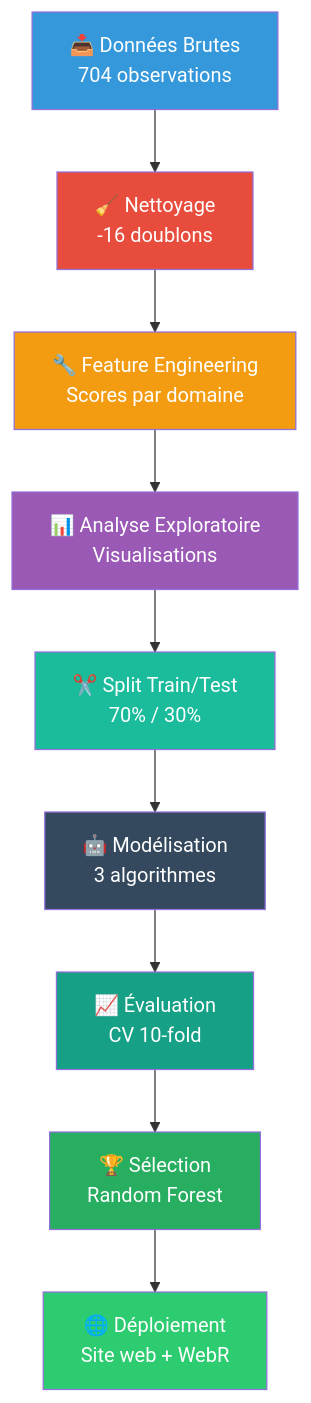
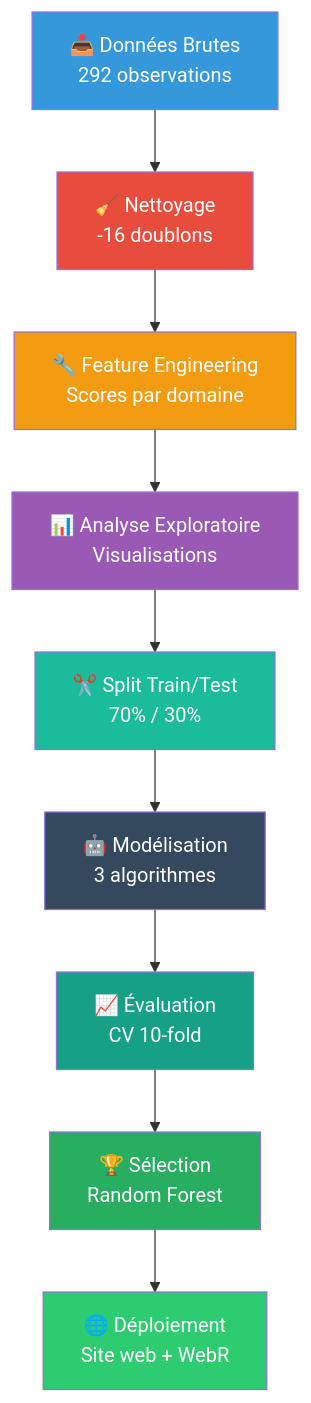
Before and after one commit to ChaymaChetoui/Predict_Autism: the diagram in about.qmd, drawn with Mermaid. The commit also changed other lines of this file and 14 other files, not shown here.

````diff
--- a/about.qmd
+++ b/about.qmd
@@ -74,22 +74,22 @@
 ```{mermaid}
 %%| fig-width: 12
 flowchart TD
-    A[📥 Données Brutes<br/>704 observations] --> B[🧹 Nettoyage<br/>-16 doublons]
+    A[📥 Données Brutes<br/>292 observations] --> B[🧹 Nettoyage<br/>-16 doublons]
     B --> C[🔧 Feature Engineering<br/>Scores par domaine]
     C --> D[📊 Analyse Exploratoire<br/>Visualisations]
     D --> E[✂️ Split Train/Test<br/>70% / 30%]
     E --> F[🤖 Modélisation<br/>3 algorithmes]
     F --> G[📈 Évaluation<br/>CV 10-fold]
     G --> H[🏆 Sélection<br/>Random Forest]
     H --> I[🌐 Déploiement<br/>Site web + WebR]
     
     style A fill:#3498db,color:#fff
     style B fill:#e74c3c,color:#fff
     style C fill:#f39c12,color:#fff
     style D fill:#9b59b6,color:#fff
     style E fill:#1abc9c,color:#fff
     style F fill:#34495e,color:#fff
     style G fill:#16a085,color:#fff
     style H fill:#27ae60,color:#fff
     style I fill:#2ecc71,color:#fff
 ```
````
